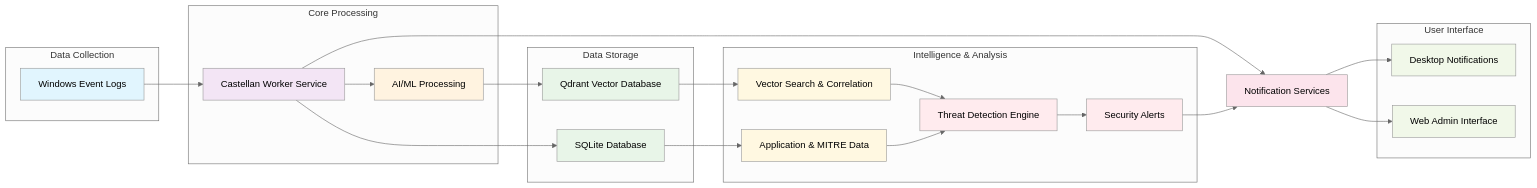
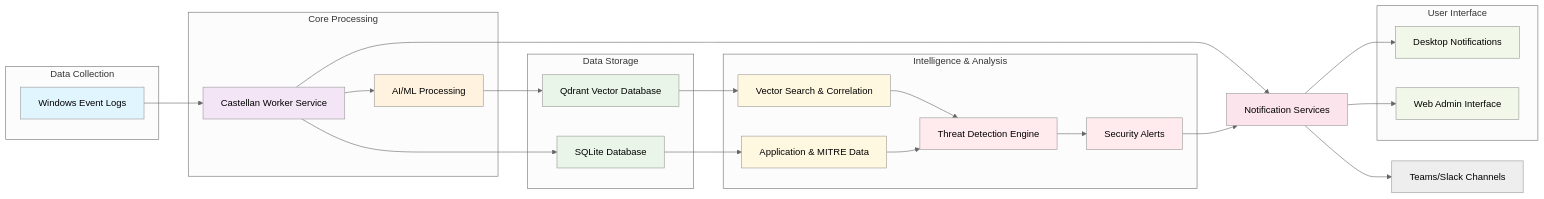
Before and after one commit to MLidstrom/Castellan: the diagram in README.md, drawn with Mermaid (neutral theme). The commit also changed other lines of this file and 21 other files, not shown here.

First line of the commit message:
Complete Teams/Slack integration with webhook management, rate limiting, and React admin interface

````diff
--- a/README.md
+++ b/README.md
@@ -85,55 +86,56 @@
 ```mermaid
 flowchart LR
     A[Windows Event Logs] --> B[Castellan Worker Service]
     B --> C[AI/ML Processing]
     C --> D[Qdrant Vector Database]
     B --> K[SQLite Database]
     B --> E[Notification Services]
     E --> F[Desktop Notifications]
     E --> G[Web Admin Interface]
+    E --> M[Teams/Slack Channels]
     D --> H[Vector Search & Correlation]
     K --> L[Application & MITRE Data]
     H --> I[Threat Detection Engine]
     I --> J[Security Alerts]
     J --> E
     L --> I
     
     subgraph "Data Collection"
         A
     end
     
     subgraph "Core Processing"
         B
         C
     end
     
     subgraph "Data Storage"
         D
         K
     end
     
     subgraph "Intelligence & Analysis"
         H
         L
         I
         J
     end
     
     subgraph "User Interface"
         F
         G
     end
     
     style A fill:#e1f5fe,color:#000
     style B fill:#f3e5f5,color:#000
     style C fill:#fff3e0,color:#000
     style D fill:#e8f5e8,color:#000
     style K fill:#e8f5e8,color:#000
     style E fill:#fce4ec,color:#000
     style F fill:#f1f8e9,color:#000
     style G fill:#f1f8e9,color:#000
     style H fill:#fff8e1,color:#000
     style L fill:#fff8e1,color:#000
     style I fill:#ffebee,color:#000
     style J fill:#ffebee,color:#000
 ```
````
